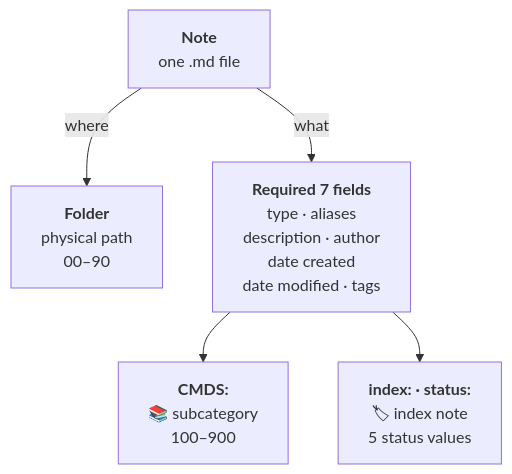
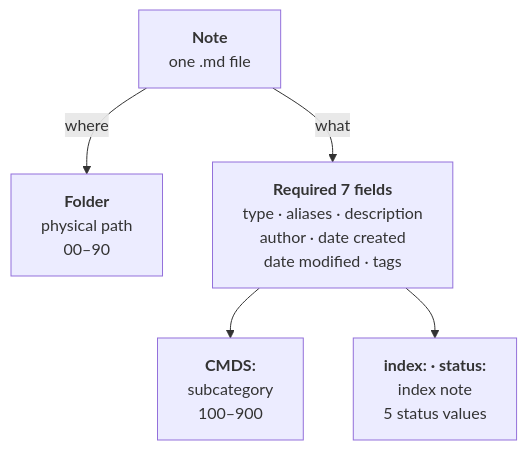
The diagram in diagrams/src/note-metadata-en.md (johnfkoo951/cmds-system-files), drawn with Mermaid before and after one commit. The commit also changed 20 other files, not shown here.

Commit message:
site: diagrams after reviewer pass (tighter labels, one-sentence captions, who-reads-what as flowchart) + copy refresh

````diff
--- a/diagrams/src/note-metadata-en.md
+++ b/diagrams/src/note-metadata-en.md
@@ -1,22 +1,21 @@
 ```mermaid
 flowchart TD
 %% @name: note-metadata-en
 %% @alt: A note has two independent axes. Its folder says where it lives. Its frontmatter says what it is: seven required fields, then the optional CMDS field pointing to a subcategory, plus index and status.
 %% @key: C
 %% @aux: F
   N["`**Note**
 one .md file`"] -->|"where"| F["`**Folder**
 physical path
 00–90`"]
   N -->|"what"| R["`**Required 7 fields**
-type · aliases
-description · author
-date created
+type · aliases · description
+author · date created
 date modified · tags`"]
   R --> C["`**CMDS:**
-📚 subcategory
+subcategory
 100–900`"]
   R --> X["`**index: · status:**
-🏷 index note
+index note
 5 status values`"]
 ```
````
